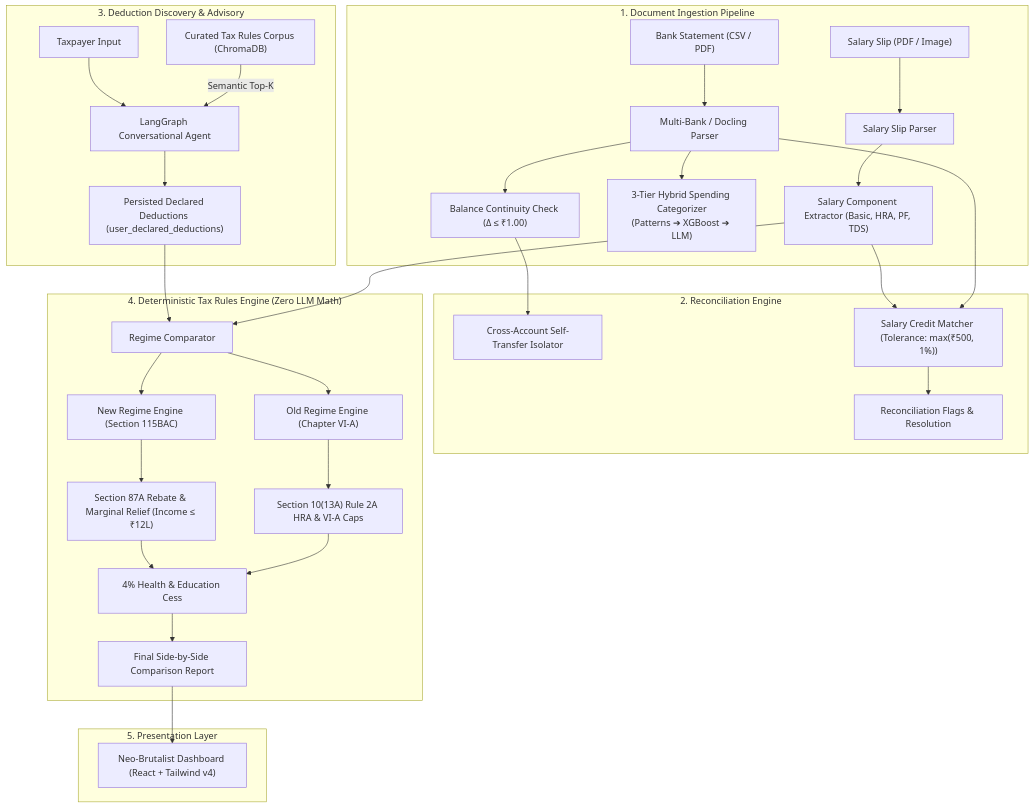
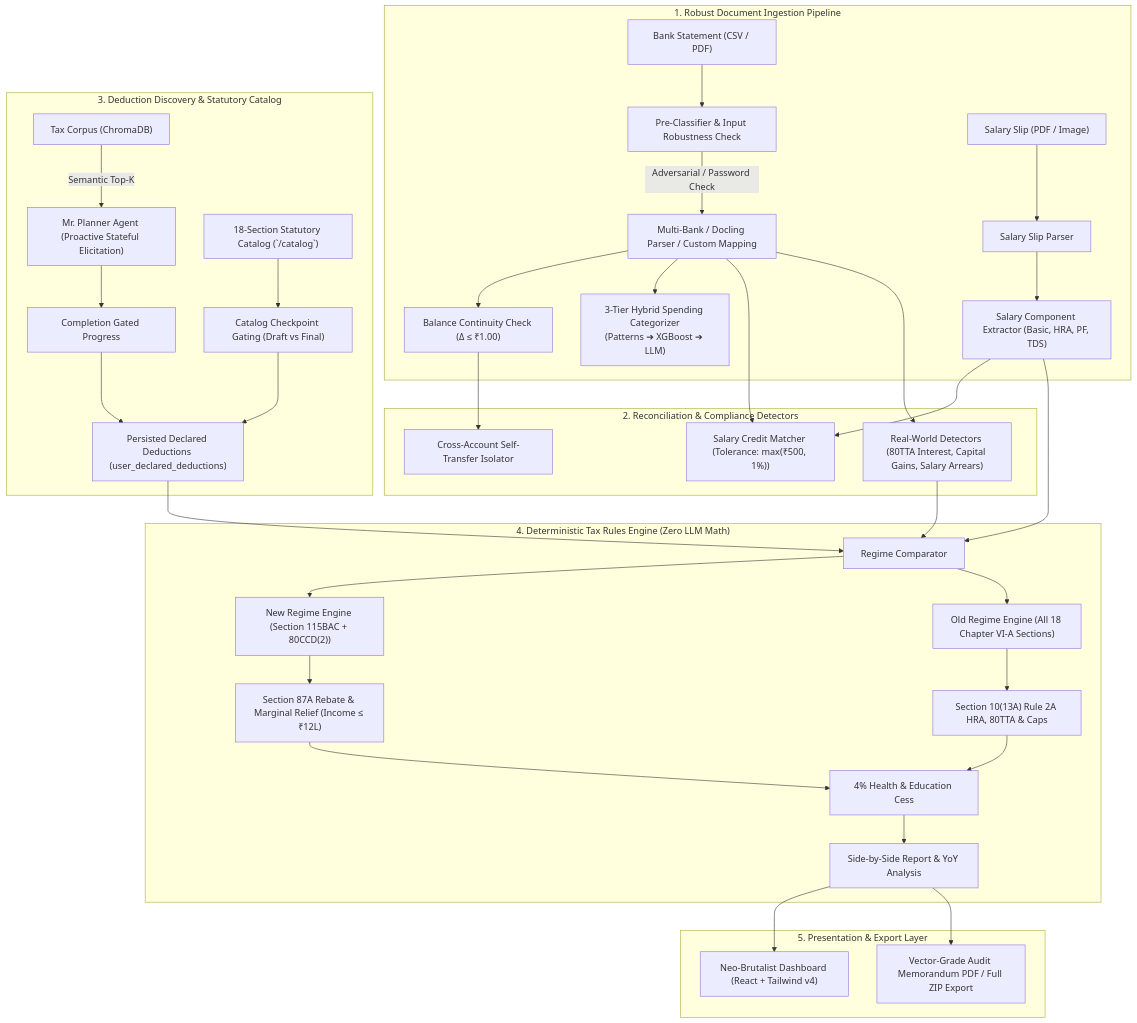
The first of 2 diagrams in README.md (VesperAkshay/Tax-Planner-Finance), drawn with Mermaid before and after one commit. The commit also changed other lines of this file and 54 other files, not shown here.

First line of the commit message:
feat: complete v1.1 improvements across Phases 13-18 (statutory catalog, proactive agent, lifecycle, robustness, compliance & UI)

````diff
--- a/README.md
+++ b/README.md
@@ -18,36 +18,39 @@
 ```mermaid
 flowchart TD
-    subgraph Ingestion["1. Document Ingestion Pipeline"]
-        A["Bank Statement (CSV / PDF)"] --> B["Multi-Bank / Docling Parser"]
-        C["Salary Slip (PDF / Image)"] --> D["Salary Slip Parser"]
-        B --> E["Balance Continuity Check (Δ ≤ ₹1.00)"]
-        B --> F["3-Tier Hybrid Spending Categorizer<br/>(Patterns ➔ XGBoost ➔ LLM)"]
-        D --> G["Salary Component Extractor (Basic, HRA, PF, TDS)"]
+    subgraph Ingestion["1. Robust Document Ingestion Pipeline"]
+        A["Bank Statement (CSV / PDF)"] --> B["Pre-Classifier & Input Robustness Check"]
+        B -->|Adversarial / Password Check| C["Multi-Bank / Docling Parser / Custom Mapping"]
+        D["Salary Slip (PDF / Image)"] --> E["Salary Slip Parser"]
+        C --> F["Balance Continuity Check (Δ ≤ ₹1.00)"]
+        C --> G["3-Tier Hybrid Spending Categorizer<br/>(Patterns ➔ XGBoost ➔ LLM)"]
+        E --> H["Salary Component Extractor (Basic, HRA, PF, TDS)"]
     end
 
-    subgraph Reconciliation["2. Reconciliation Engine"]
-        E --> H["Cross-Account Self-Transfer Isolator"]
-        G & B --> I["Salary Credit Matcher (Tolerance: max(₹500, 1%))"]
-        I --> J["Reconciliation Flags & Resolution"]
+    subgraph Reconciliation["2. Reconciliation & Compliance Detectors"]
+        F --> I["Cross-Account Self-Transfer Isolator"]
+        H & C --> J["Salary Credit Matcher (Tolerance: max(₹500, 1%))"]
+        C --> K["Real-World Detectors (80TTA Interest, Capital Gains, Salary Arrears)"]
     end
 
-    subgraph Discovery["3. Deduction Discovery & Advisory"]
-        K["Taxpayer Input"] --> L["LangGraph Conversational Agent"]
-        M["Curated Tax Rules Corpus (ChromaDB)"] -->|Semantic Top-K| L
-        L --> N["Persisted Declared Deductions (user_declared_deductions)"]
+    subgraph Discovery["3. Deduction Discovery & Statutory Catalog"]
+        L["Mr. Planner Agent (Proactive Stateful Elicitation)"] --> M["Completion Gated Progress"]
+        N["18-Section Statutory Catalog (`/catalog`)"] --> O["Catalog Checkpoint Gating (Draft vs Final)"]
+        P["Tax Corpus (ChromaDB)"] -->|Semantic Top-K| L
+        M & O --> Q["Persisted Declared Deductions (user_declared_deductions)"]
     end
 
     subgraph TaxEngine["4. Deterministic Tax Rules Engine (Zero LLM Math)"]
-        N & G --> O["Regime Comparator"]
-        O --> P["New Regime Engine (Section 115BAC)"]
-        O --> Q["Old Regime Engine (Chapter VI-A)"]
-        P --> R["Section 87A Rebate & Marginal Relief (Income ≤ ₹12L)"]
-        Q --> S["Section 10(13A) Rule 2A HRA & VI-A Caps"]
-        R & S --> T["4% Health & Education Cess"]
-        T --> U["Final Side-by-Side Comparison Report"]
+        Q & H & K --> R["Regime Comparator"]
+        R --> S["New Regime Engine (Section 115BAC + 80CCD(2))"]
+        R --> T["Old Regime Engine (All 18 Chapter VI-A Sections)"]
+        S --> U["Section 87A Rebate & Marginal Relief (Income ≤ ₹12L)"]
+        T --> V["Section 10(13A) Rule 2A HRA, 80TTA & Caps"]
+        U & V --> W["4% Health & Education Cess"]
+        W --> X["Side-by-Side Report & YoY Analysis"]
     end
 
-    subgraph Presentation["5. Presentation Layer"]
-        U --> V["Neo-Brutalist Dashboard (React + Tailwind v4)"]
+    subgraph Presentation["5. Presentation & Export Layer"]
+        X --> Y["Neo-Brutalist Dashboard (React + Tailwind v4)"]
+        X --> Z["Vector-Grade Audit Memorandum PDF / Full ZIP Export"]
     end
 ```
````
